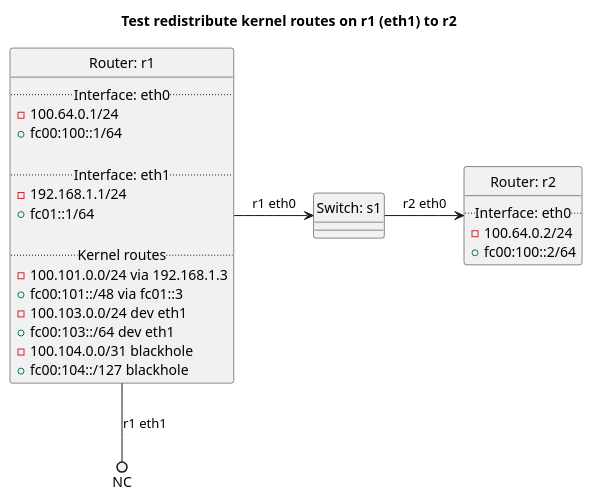
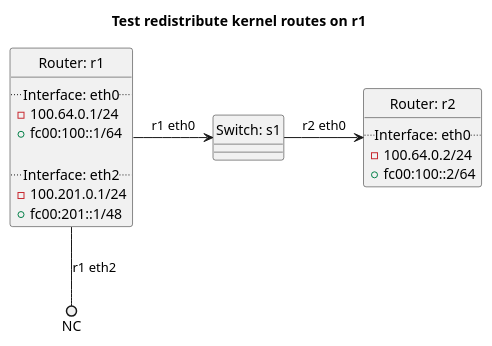
One commit to oscdev-io/birdplan changed the diagram in tests/t40_bgp/t34_redistribute_kernel/README.md. Above: the diagram before and after it, drawn with PlantUML. The commit also changed other lines of this file and 1499 other files, not shown here.

````diff
--- a/tests/t40_bgp/t34_redistribute_kernel/README.md
+++ b/tests/t40_bgp/t34_redistribute_kernel/README.md
@@ -36,41 +33,33 @@
 ```plantuml
 @startuml
 hide circle
-title Test redistribute kernel routes on r1 (eth1) to r2
+title Test redistribute kernel routes on r1
 
 
 class "Router: r1" {
   .. Interface: eth0 ..
 - 100.64.0.1/24
 + fc00:100::1/64
 
-  .. Interface: eth1 ..
-- 192.168.1.1/24
-+ fc01::1/64
-
-  .. Kernel routes ..
-- 100.101.0.0/24 via 192.168.1.3
-+ fc00:101::/48 via fc01::3
-- 100.103.0.0/24 dev eth1
-+ fc00:103::/64 dev eth1
-- 100.104.0.0/31 blackhole
-+ fc00:104::/127 blackhole
+  .. Interface: eth2 ..
+- 100.201.0.1/24
++ fc00:201::1/48
 }
 
 
 class "Router: r2" {
   .. Interface: eth0 ..
 - 100.64.0.2/24
 + fc00:100::2/64
 }
 
 
 class "Switch: s1" {}
 
 
 "Router: r1" -> "Switch: s1": r1 eth0
 "Switch: s1" -> "Router: r2": r2 eth0
-"Router: r1" --() NC: r1 eth1
+"Router: r1" --() NC: r1 eth2
 
 @enduml
 ```
````
